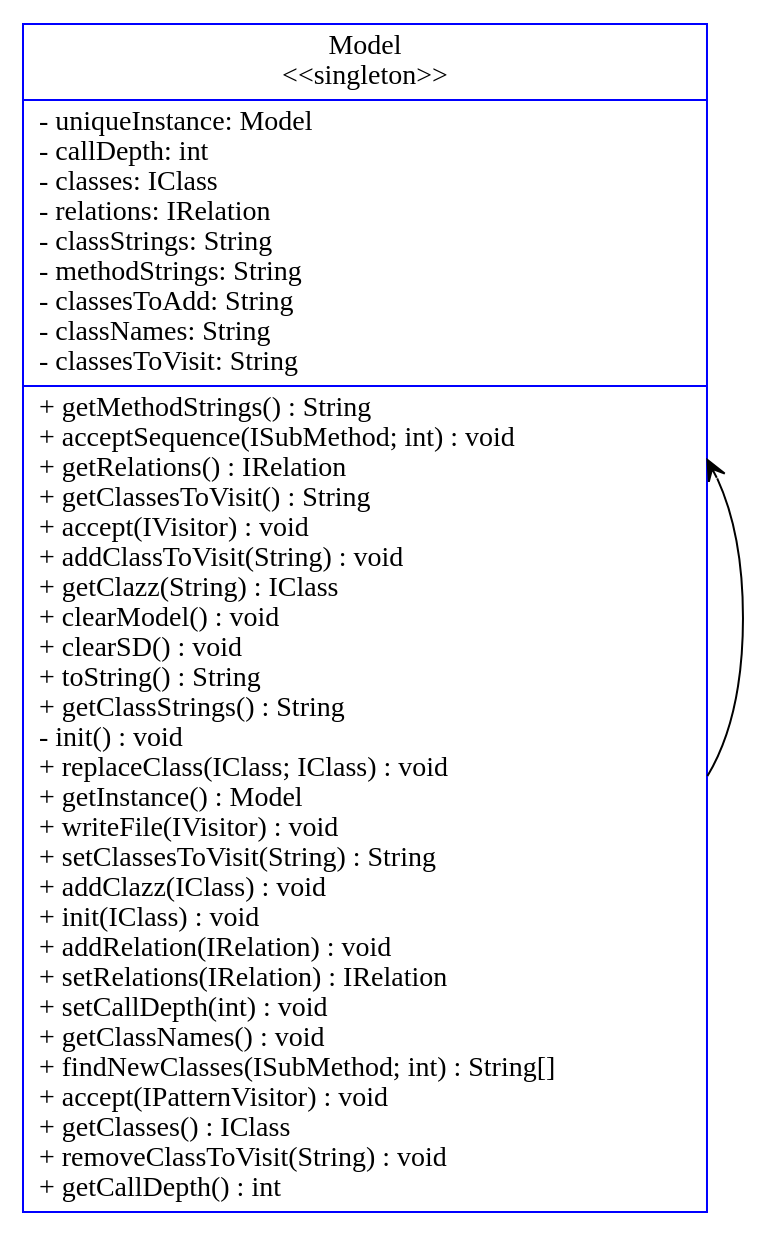
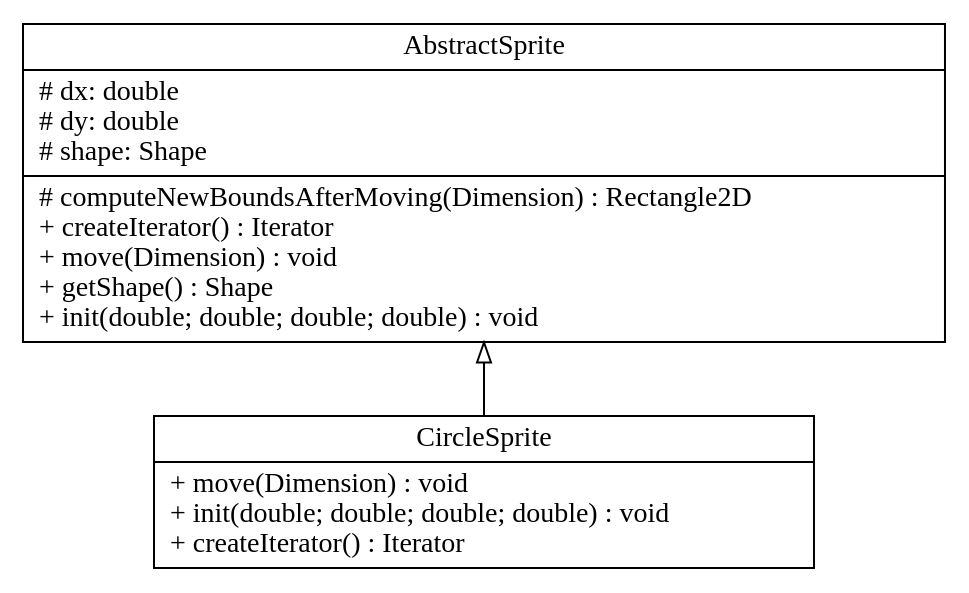
The diagram in input_output/model.gv (tpunt3/Csse374), drawn with Graphviz before and after one commit. The commit also changed 4 other files, not shown here.

```diff
--- a/input_output/model.gv
+++ b/input_output/model.gv
@@ -1,10 +1,15 @@
 digraph model{
 rankdir = BT;
-Model [
-shape="record",color=blue
-label = "{Model\n\<\<singleton\>\>|- uniqueInstance: Model\l- callDepth: int\l- classes: IClass\l- relations: IRelation\l- classStrings: String\l- methodStrings: String\l- classesToAdd: String\l- classNames: String\l- classesToVisit: String\l|+ getMethodStrings() : String\l+ acceptSequence(ISubMethod; int) : void\l+ getRelations() : IRelation\l+ getClassesToVisit() : String\l+ accept(IVisitor) : void\l+ addClassToVisit(String) : void\l+ getClazz(String) : IClass\l+ clearModel() : void\l+ clearSD() : void\l+ toString() : String\l+ getClassStrings() : String\l- init() : void\l+ replaceClass(IClass; IClass) : void\l+ getInstance() : Model\l+ writeFile(IVisitor) : void\l+ setClassesToVisit(String) : String\l+ addClazz(IClass) : void\l+ init(IClass) : void\l+ addRelation(IRelation) : void\l+ setRelations(IRelation) : IRelation\l+ setCallDepth(int) : void\l+ getClassNames() : void\l+ findNewClasses(ISubMethod; int) : String[]\l+ accept(IPatternVisitor) : void\l+ getClasses() : IClass\l+ removeClassToVisit(String) : void\l+ getCallDepth() : int\l}"
+AbstractSprite [
+shape="record",
+label = "{AbstractSprite| # dx: double\l# dy: double\l# shape: Shape\l|# computeNewBoundsAfterMoving(Dimension) : Rectangle2D\l+ createIterator() : Iterator\l+ move(Dimension) : void\l+ getShape() : Shape\l+ init(double; double; double; double) : void\l}"
+];
+
+CircleSprite [
+shape="record",
+label = "{CircleSprite| + move(Dimension) : void\l+ init(double; double; double; double) : void\l+ createIterator() : Iterator\l}"
 ];
 
 //writing relations between classes now
-Model -> Model [arrowhead = "vee"];
+CircleSprite -> AbstractSprite [arrowhead = "empty"];
 }
```
